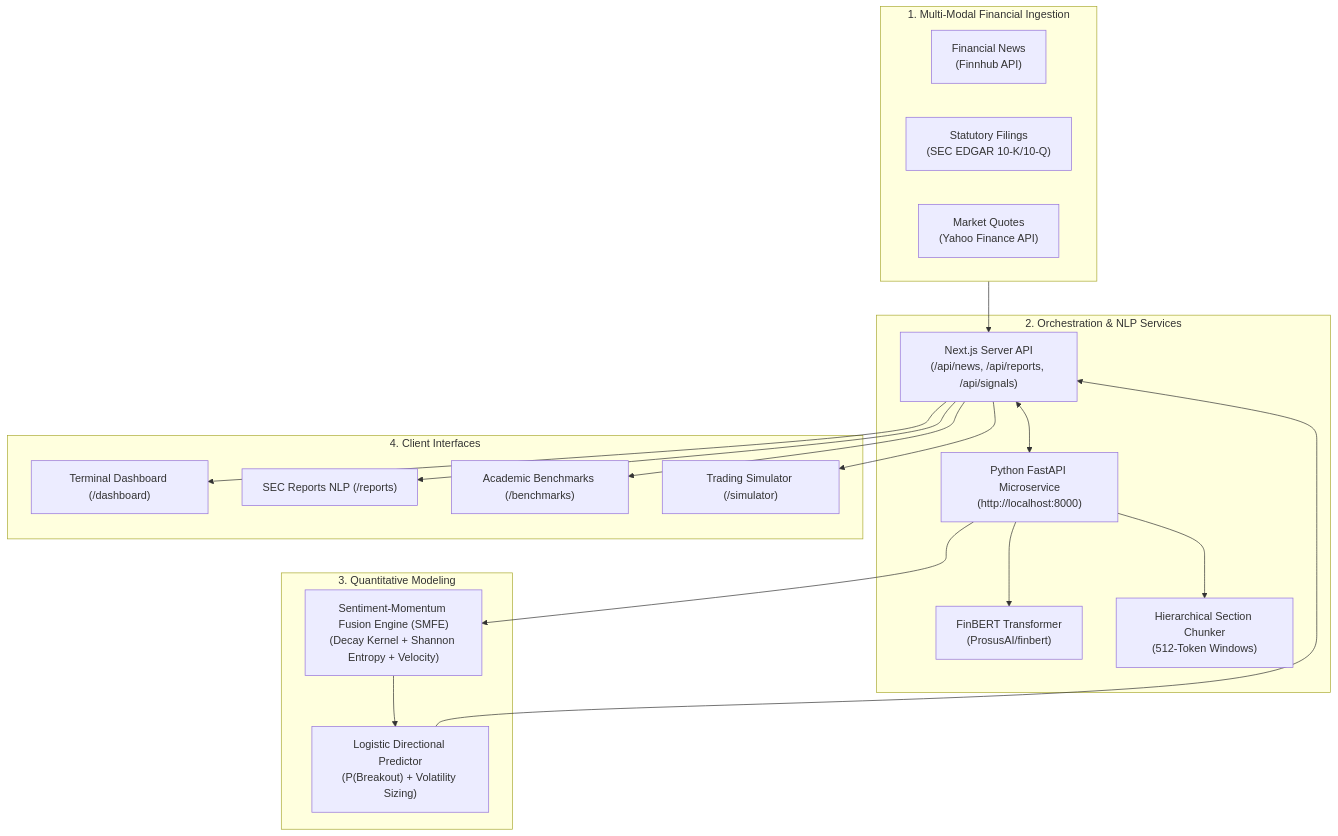
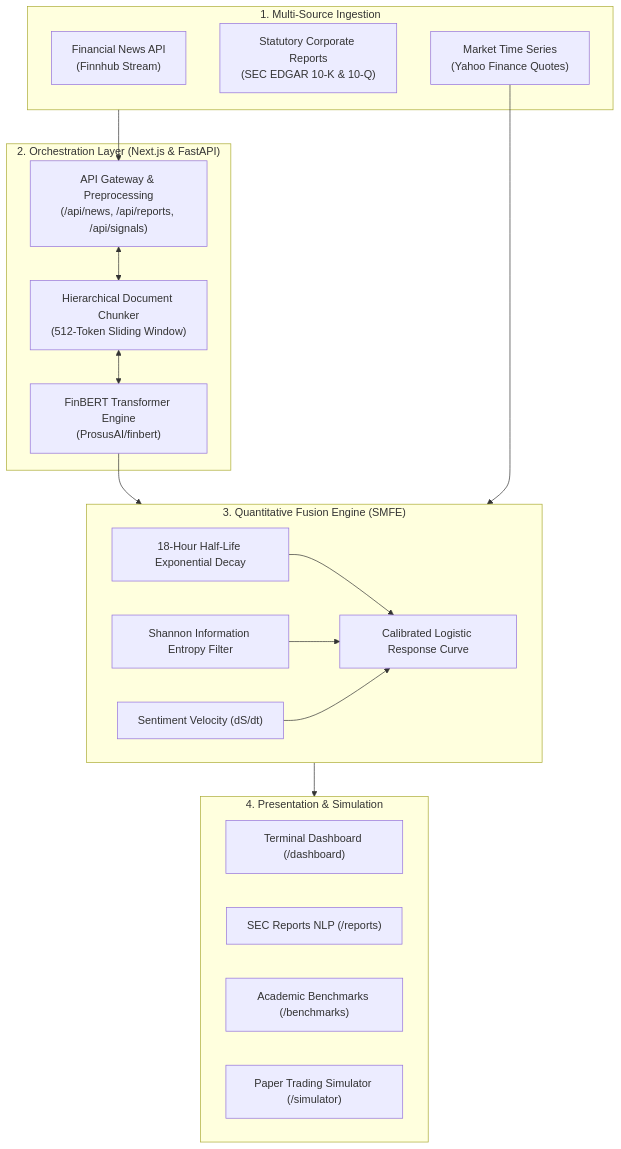
One commit to Aditya-linux/ArthVedaAI changed the diagram in README.md. Above: the diagram before and after it, drawn with Mermaid. The commit also changed other lines of this file, not shown here.

Commit message:
docs: formalize clean, emoji-free, publication-grade README with architecture and test metrics

````diff
--- a/README.md
+++ b/README.md
@@ -85,34 +24,38 @@
 ```mermaid
 flowchart TD
-    subgraph Data["1. Multi-Modal Financial Ingestion"]
-        News["Financial News<br/>(Finnhub API)"]
-        Reports["Statutory Filings<br/>(SEC EDGAR 10-K/10-Q)"]
-        Prices["Market Quotes<br/>(Yahoo Finance API)"]
+    subgraph Data["1. Multi-Source Ingestion"]
+        News["Financial News API<br/>(Finnhub Stream)"]
+        Reports["Statutory Corporate Reports<br/>(SEC EDGAR 10-K & 10-Q)"]
+        Market["Market Time Series<br/>(Yahoo Finance Quotes)"]
     end
 
-    subgraph Backend["2. Orchestration & NLP Services"]
-        NextAPI["Next.js Server API<br/>(/api/news, /api/reports, /api/signals)"]
-        FastAPI["Python FastAPI Microservice<br/>(http://localhost:8000)"]
-        FinBERT["FinBERT Transformer<br/>(ProsusAI/finbert)"]
-        Chunker["Hierarchical Section Chunker<br/>(512-Token Windows)"]
+    subgraph Backend["2. Orchestration Layer (Next.js & FastAPI)"]
+        API["API Gateway & Preprocessing<br/>(/api/news, /api/reports, /api/signals)"]
+        Chunker["Hierarchical Document Chunker<br/>(512-Token Sliding Window)"]
+        FinBERT["FinBERT Transformer Engine<br/>(ProsusAI/finbert)"]
     end
 
-    subgraph Engine["3. Quantitative Modeling"]
-        SMFE["Sentiment-Momentum Fusion Engine (SMFE)<br/>(Decay Kernel + Shannon Entropy + Velocity)"]
-        Predictor["Logistic Directional Predictor<br/>(P(Breakout) + Volatility Sizing)"]
+    subgraph Quantitative["3. Quantitative Fusion Engine (SMFE)"]
+        Decay["18-Hour Half-Life Exponential Decay"]
+        Entropy["Shannon Information Entropy Filter"]
+        Velocity["Sentiment Velocity (dS/dt)"]
+        Logistic["Calibrated Logistic Response Curve"]
+        
+        Decay --> Logistic
+        Entropy --> Logistic
+        Velocity --> Logistic
     end
 
-    subgraph Client["4. Client Interfaces"]
+    subgraph Presentation["4. Presentation & Simulation"]
         Dash["Terminal Dashboard (/dashboard)"]
         ReportUI["SEC Reports NLP (/reports)"]
         BenchUI["Academic Benchmarks (/benchmarks)"]
-        SimUI["Trading Simulator (/simulator)"]
+        SimUI["Paper Trading Simulator (/simulator)"]
     end
 
-    Data --> NextAPI
-    NextAPI <--> FastAPI
-    FastAPI --> FinBERT & Chunker
-    FastAPI --> SMFE --> Predictor
-    Predictor --> NextAPI
-    NextAPI --> Dash & ReportUI & BenchUI & SimUI
+    Data --> API
+    API <--> Chunker <--> FinBERT
+    FinBERT --> Quantitative
+    Market --> Quantitative
+    Quantitative --> Presentation
 ```
````
